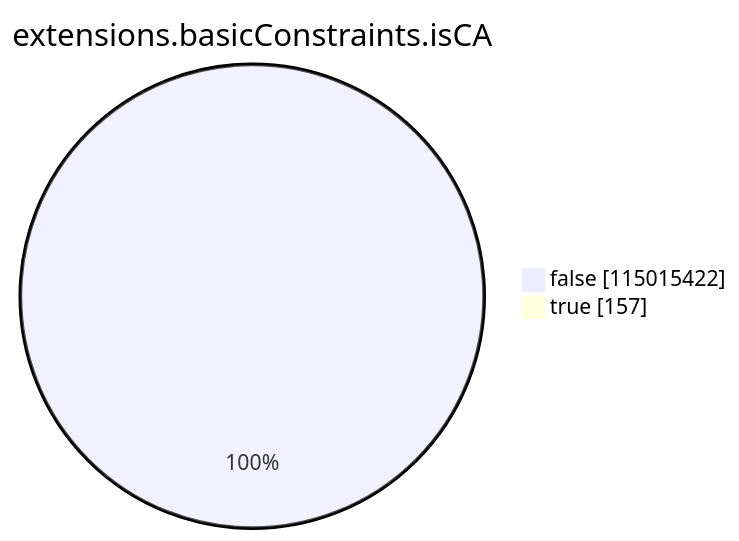
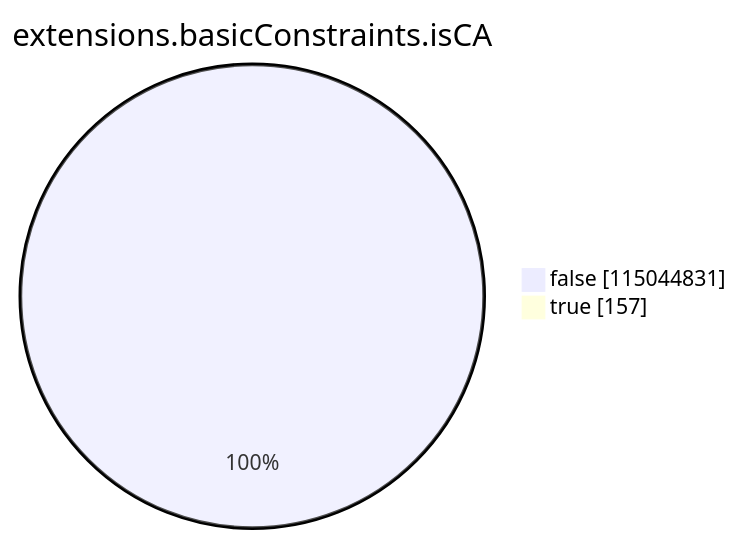
The seventh of 15 diagrams in argon2023/README.md (christiankrug/ctmonitor_visualization), drawn with Mermaid before and after one commit. The commit also changed other lines of this file, not shown here.

````diff
--- a/argon2023/README.md
+++ b/argon2023/README.md
@@ -2148,6 +2148,6 @@
 ```mermaid
 pie showData
 title extensions.basicConstraints.isCA
-"false" :115015422
+"false" :115044831
 "true" :157
 ```
````
